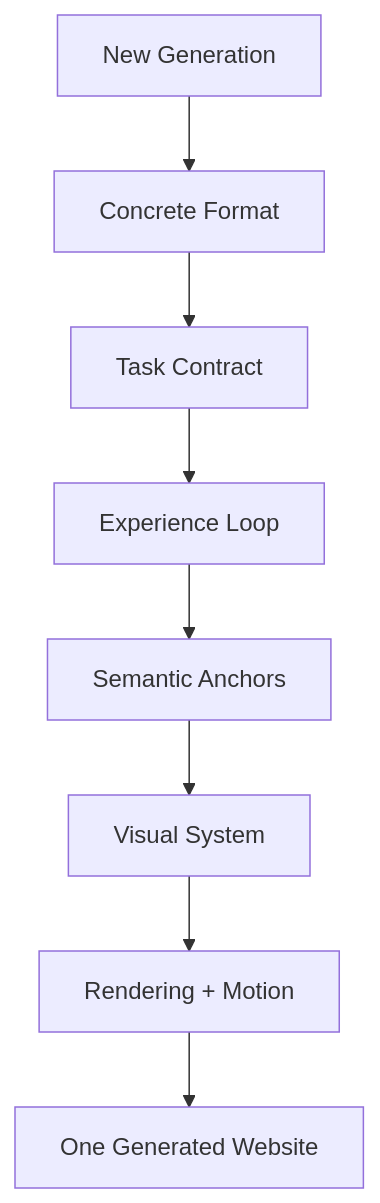
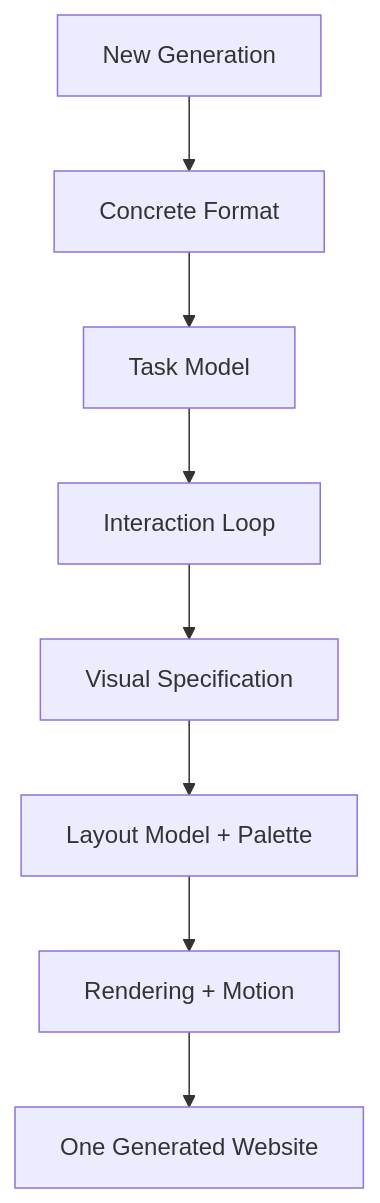
One commit to lesprgm/Roulette changed the second of 3 diagrams in README.md. Above: the diagram before and after it, drawn with Mermaid. The commit also changed other lines of this file and 1 other file, not shown here.

````diff
--- a/README.md
+++ b/README.md
@@ -163,10 +163,10 @@
 ```mermaid
 flowchart TD
  G["New Generation"] --> A["Concrete Format"]
- A --> B["Task Contract"]
- B --> C["Experience Loop"]
- C --> D["Semantic Anchors"]
- D --> E["Visual System"]
+ A --> B["Task Model"]
+ B --> C["Interaction Loop"]
+ C --> D["Visual Specification"]
+ D --> E["Layout Model + Palette"]
  E --> F["Rendering + Motion"]
  F --> H["One Generated Website"]
 ```
````
